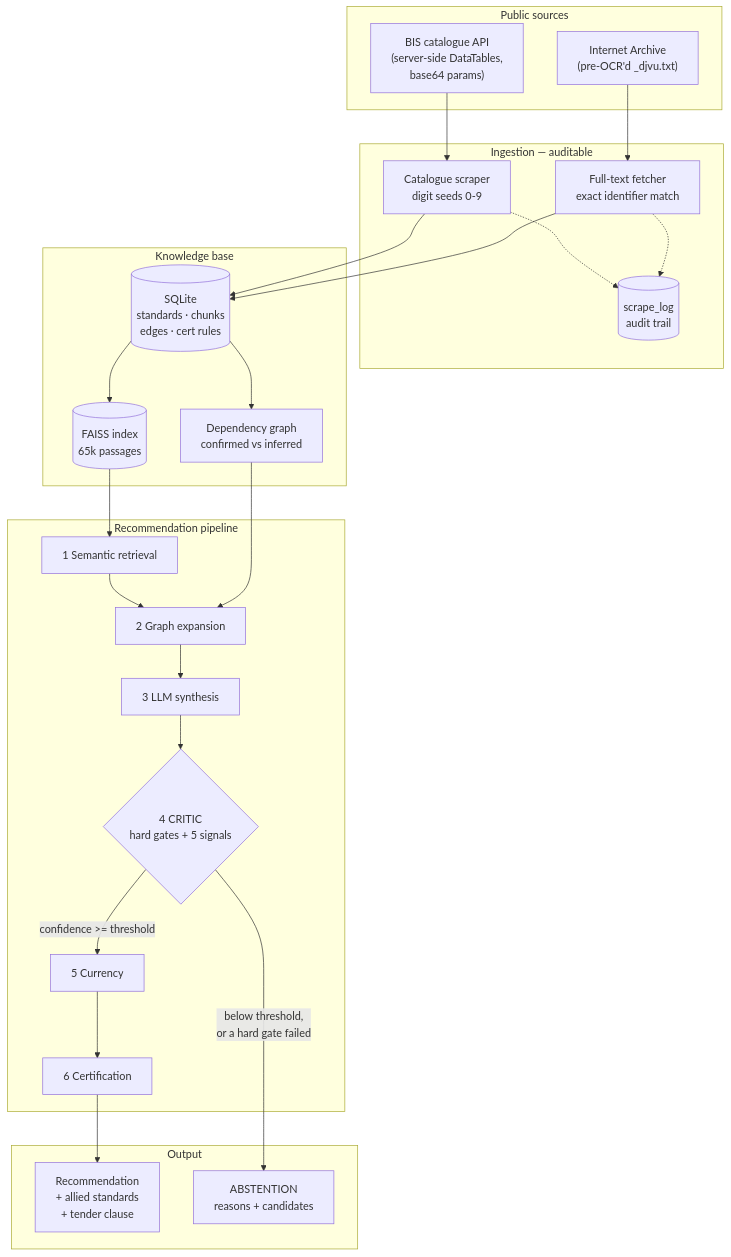
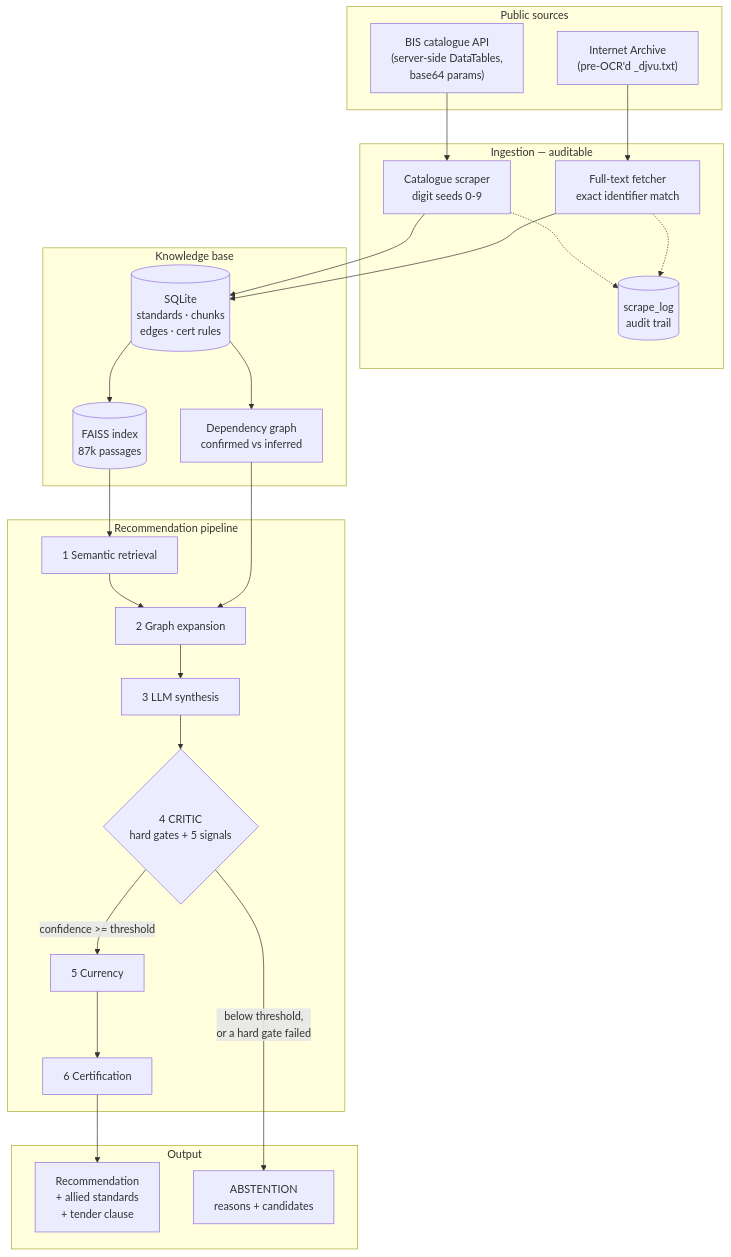
The first of 3 diagrams in CONTEXT.md (Gmax-13/SIH26108-Team_RAGbait-demo), drawn with Mermaid before and after one commit. The commit also changed other lines of this file and 7 other files, not shown here.

First line of the commit message:
docs: correct the edition-mismatch figure after the full rebuild

````diff
--- a/CONTEXT.md
+++ b/CONTEXT.md
@@ -305,44 +305,44 @@
 ```mermaid
 flowchart TB
     subgraph SRC["Public sources"]
         BIS["BIS catalogue API<br/>(server-side DataTables,<br/>base64 params)"]
         IA["Internet Archive<br/>(pre-OCR'd _djvu.txt)"]
     end
 
     subgraph ING["Ingestion — auditable"]
         SC["Catalogue scraper<br/>digit seeds 0-9"]
         FT["Full-text fetcher<br/>exact identifier match"]
         LOG[("scrape_log<br/>audit trail")]
     end
 
     subgraph STORE["Knowledge base"]
         DB[("SQLite<br/>standards · chunks<br/>edges · cert rules")]
-        FAISS[("FAISS index<br/>65k passages")]
+        FAISS[("FAISS index<br/>87k passages")]
         GRAPH["Dependency graph<br/>confirmed vs inferred"]
     end
 
     subgraph PIPE["Recommendation pipeline"]
         R1["1 Semantic retrieval"]
         R2["2 Graph expansion"]
         R3["3 LLM synthesis"]
         R4{"4 CRITIC<br/>hard gates + 5 signals"}
         R5["5 Currency"]
         R6["6 Certification"]
     end
 
     subgraph OUT["Output"]
         ANS["Recommendation<br/>+ allied standards<br/>+ tender clause"]
         ABS["ABSTENTION<br/>reasons + candidates"]
     end
 
     BIS --> SC --> DB
     IA --> FT --> DB
     SC -.-> LOG
     FT -.-> LOG
     DB --> FAISS
     DB --> GRAPH
     FAISS --> R1 --> R2 --> R3 --> R4
     GRAPH --> R2
     R4 -->|"confidence >= threshold"| R5 --> R6 --> ANS
     R4 -->|"below threshold,<br/>or a hard gate failed"| ABS
 ```
````
